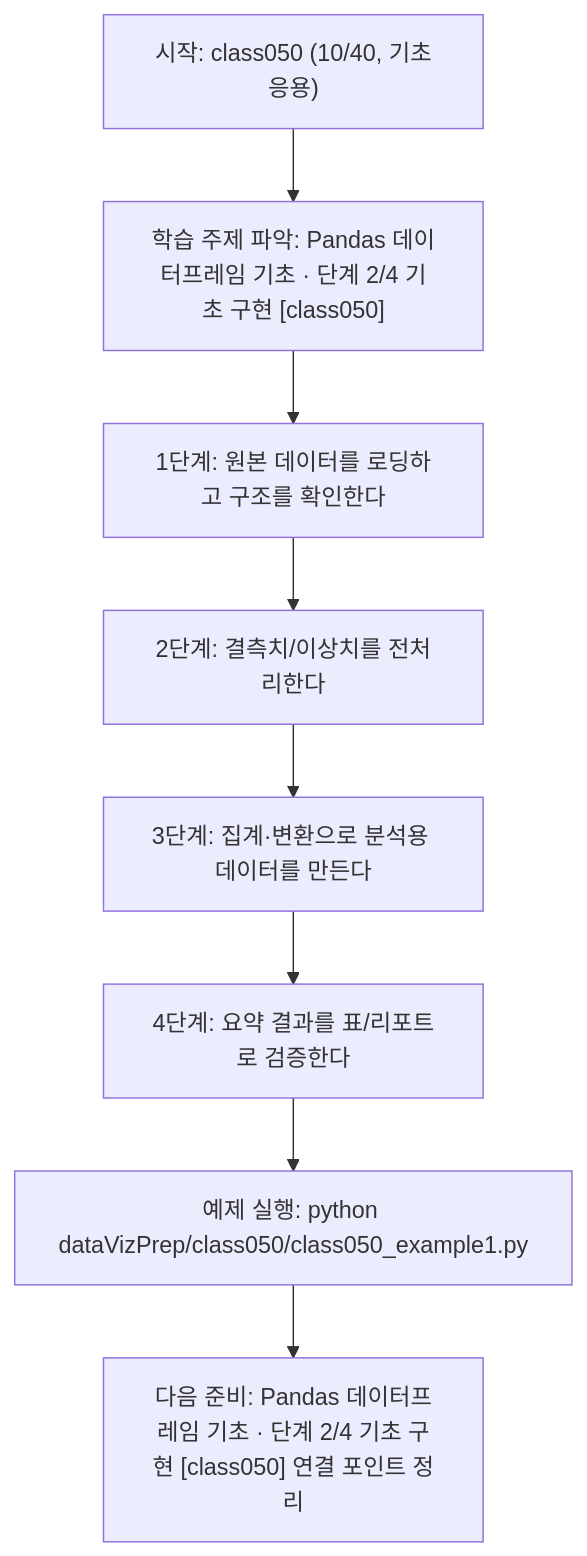
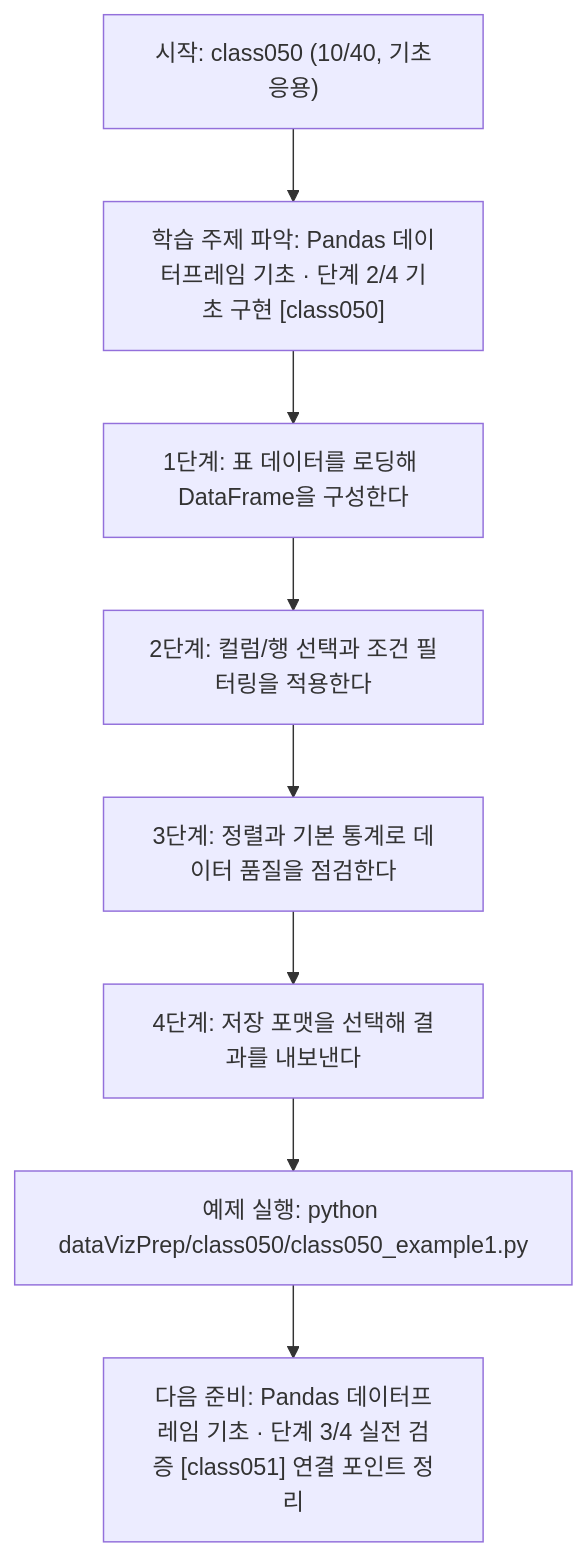
Before and after one commit to edumgt/Python-AI_Agent-Class: the diagram in dataVizPrep/class050/class050.md, drawn with Mermaid. The commit also changed other lines of this file and 283 other files, not shown here.

````diff
--- a/dataVizPrep/class050/class050.md
+++ b/dataVizPrep/class050/class050.md
@@ -111,18 +92,18 @@
 ```mermaid
 flowchart TD
 N1["시작: class050 (10/40, 기초응용)"]
 N2["학습 주제 파악: Pandas 데이터프레임 기초 · 단계 2/4 기초 구현 [class050]"]
-N3["1단계: 원본 데이터를 로딩하고 구조를 확인한다"]
-N4["2단계: 결측치/이상치를 전처리한다"]
-N5["3단계: 집계·변환으로 분석용 데이터를 만든다"]
-N6["4단계: 요약 결과를 표/리포트로 검증한다"]
+N3["1단계: 표 데이터를 로딩해 DataFrame을 구성한다"]
+N4["2단계: 컬럼/행 선택과 조건 필터링을 적용한다"]
+N5["3단계: 정렬과 기본 통계로 데이터 품질을 점검한다"]
+N6["4단계: 저장 포맷을 선택해 결과를 내보낸다"]
 N7["예제 실행: python dataVizPrep/class050/class050_example1.py"]
-N8["다음 준비: Pandas 데이터프레임 기초 · 단계 2/4 기초 구현 [class050] 연결 포인트 정리"]
+N8["다음 준비: Pandas 데이터프레임 기초 · 단계 3/4 실전 검증 [class051] 연결 포인트 정리"]
 N1 --> N2
 N2 --> N3
 N3 --> N4
 N4 --> N5
 N5 --> N6
 N6 --> N7
 N7 --> N8
 ```
````
